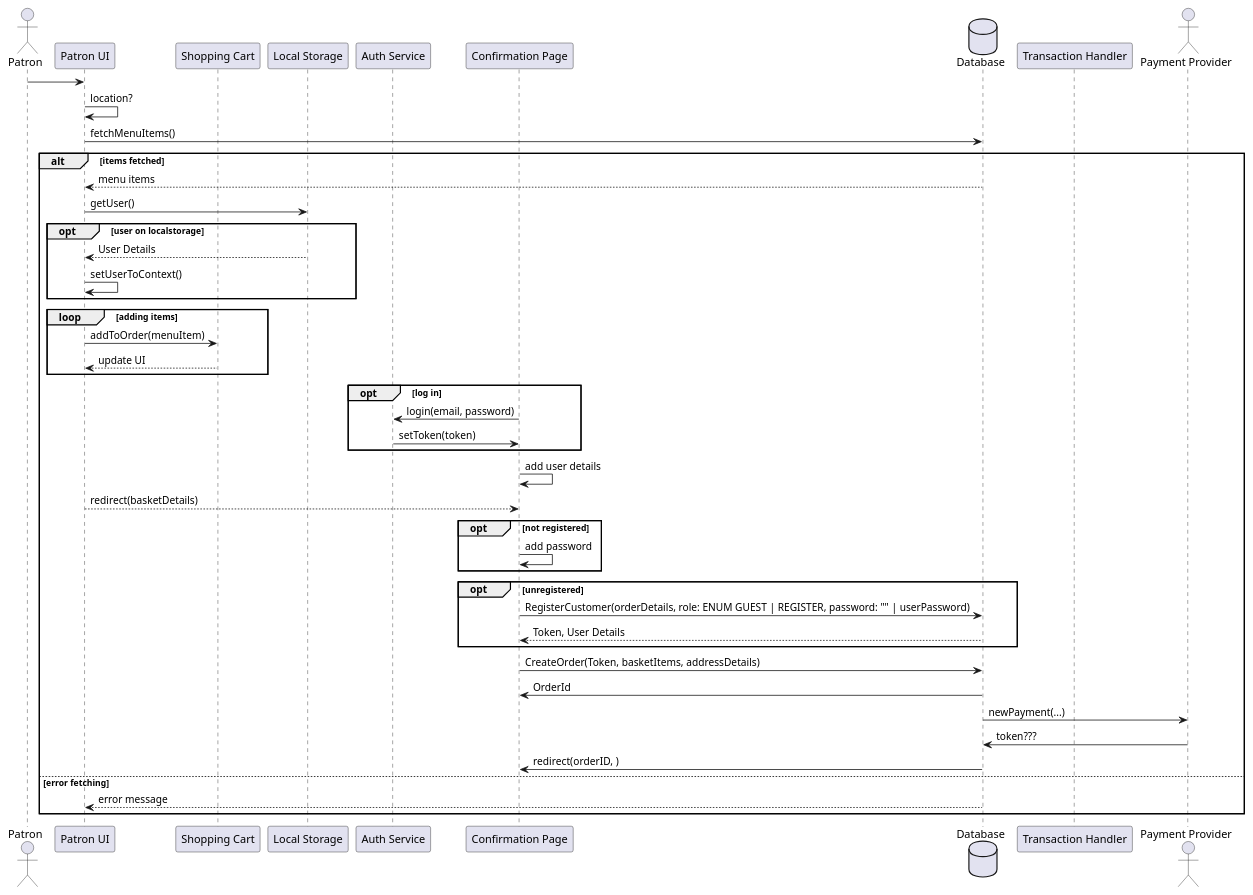
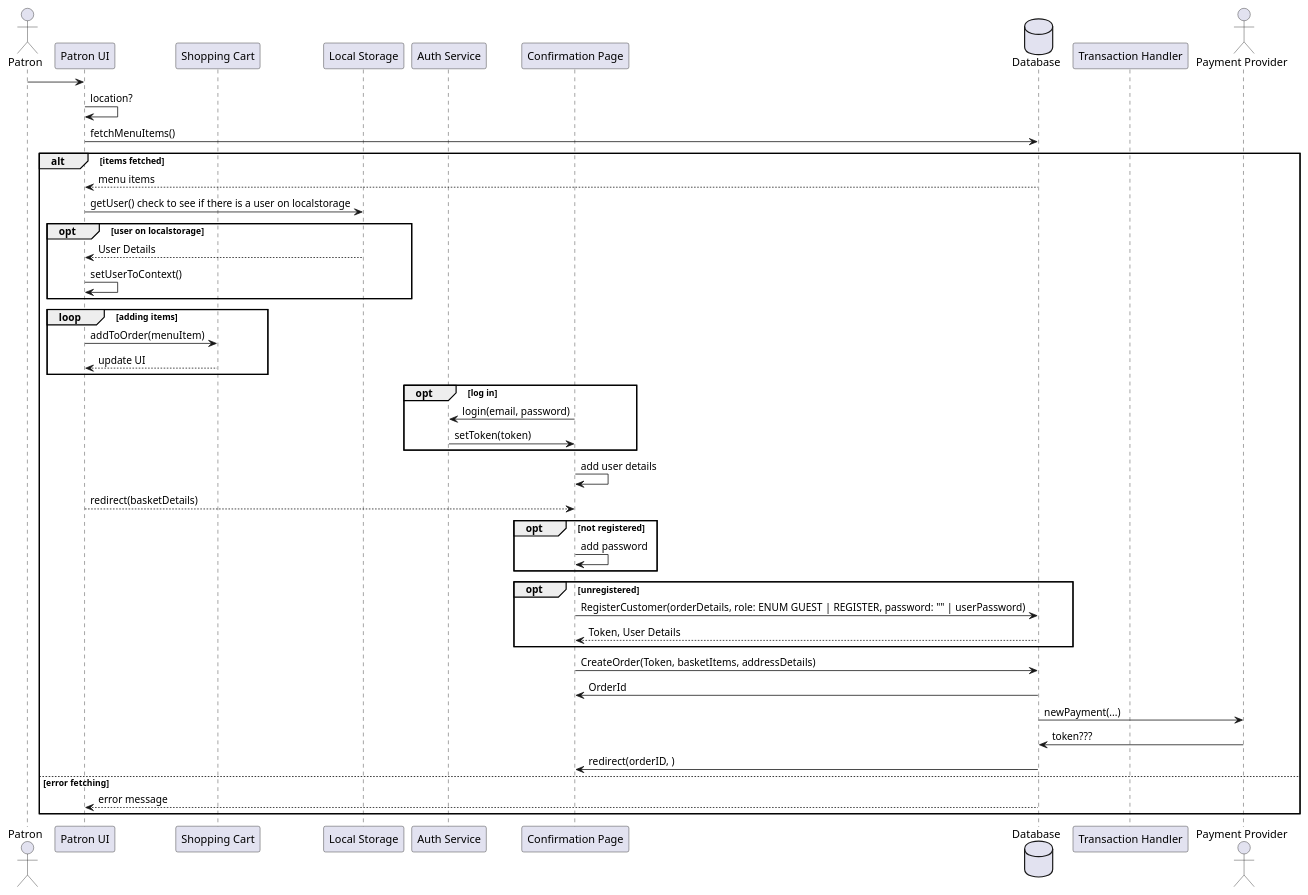
One commit to chingu-voyages/v19-bears-team-05 changed the diagram in misc/models/userFlow.plantuml. Above: the diagram before and after it, drawn with PlantUML. The commit also changed 6 other files, not shown here.

Commit message:
get user details on menupage load, set details to context & prefill form with details from context

```diff
--- a/misc/models/userFlow.plantuml
+++ b/misc/models/userFlow.plantuml
@@ -1,64 +1,64 @@
 @startuml
 actor Patron
 participant "Patron UI"
 participant "Shopping Cart"
 participant "Local Storage"
 participant "Auth Service"
 participant "Confirmation Page"
 database Database
 participant "Transaction Handler"
 actor "Payment Provider"
 ' actor "Vendor Messaging"
 ' actor "Delivery Service"
 
 Patron -> "Patron UI"
 "Patron UI" -> "Patron UI": location?
 "Patron UI" -> Database: fetchMenuItems()
 alt items fetched
 Database --> "Patron UI": menu items
-"Patron UI" -> "Local Storage": getUser()
+"Patron UI" -> "Local Storage": getUser() check to see if there is a user on localstorage
 opt user on localstorage
 "Local Storage" --> "Patron UI": User Details
 "Patron UI" -> "Patron UI": setUserToContext()
 end
 
 loop adding items
 "Patron UI" -> "Shopping Cart": addToOrder(menuItem)
 "Shopping Cart" --> "Patron UI": update UI
 end
 opt log in
 "Confirmation Page" -> "Auth Service": login(email, password)
 "Auth Service" -> "Confirmation Page": setToken(token)
 end
 ' "Patron UI" -> Database: Checkout createOrder([{basketItemId, quantity}])
 ' "Database" -> "Confirmation Page": orderId, orderItems
 "Confirmation Page" -> "Confirmation Page": add user details
 "Patron UI" --> "Confirmation Page": redirect(basketDetails)
 opt not registered
 "Confirmation Page" -> "Confirmation Page": add password
 end
 opt unregistered
 "Confirmation Page" -> "Database": RegisterCustomer(orderDetails, role: ENUM GUEST | REGISTER, password: "" | userPassword)
 "Database" --> "Confirmation Page": Token, User Details
 end
 "Confirmation Page" -> "Database": CreateOrder(Token, basketItems, addressDetails)
 "Database" -> "Confirmation Page": OrderId
 
 "Database" -> "Payment Provider" : newPayment(...)
 "Payment Provider" -> "Database" : token???
 "Database" -> "Confirmation Page" : redirect(orderID, )
 ' alt transaction success
 ' "Transaction Handler" -> Database: updateTransaction(paymentId)
 ' Database --> "Transaction Handler": Confirmation
 ' "Transaction Handler" --> "Patron UI": Confirmation
 ' "Transaction Handler" -> "Vendor Messaging": sendMessage(customerOrder)
 ' "Transaction Handler" -> "Delivery Service": sendMessage(customerOrder)
 ' else transaction failure
 ' "Transaction Handler" --> "Patron UI": Error Message
 ' end
 
 else error fetching
 Database --> "Patron UI": error message
 end
 
 @enduml
```
